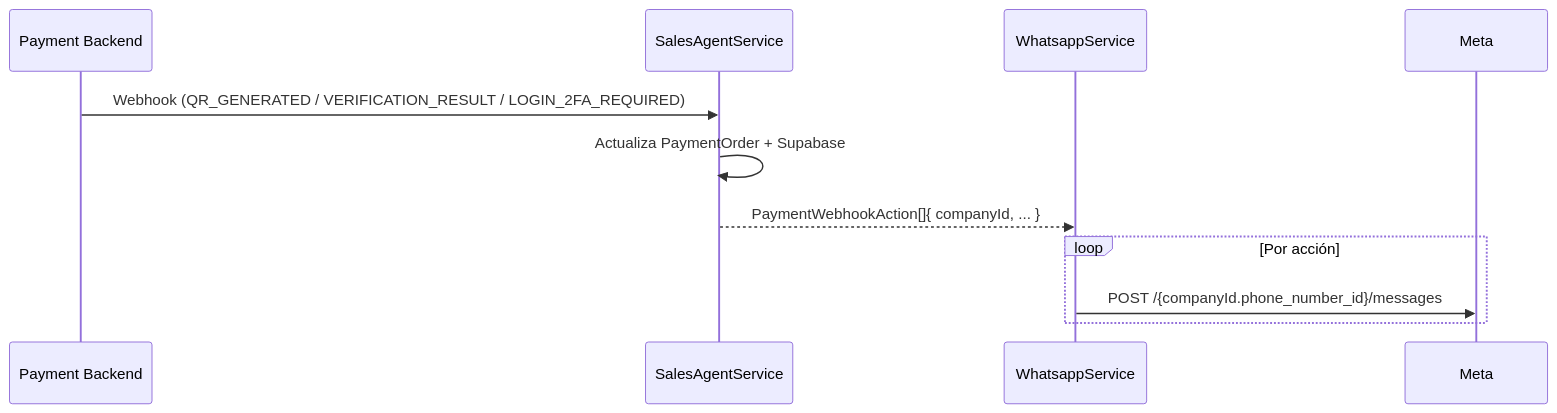
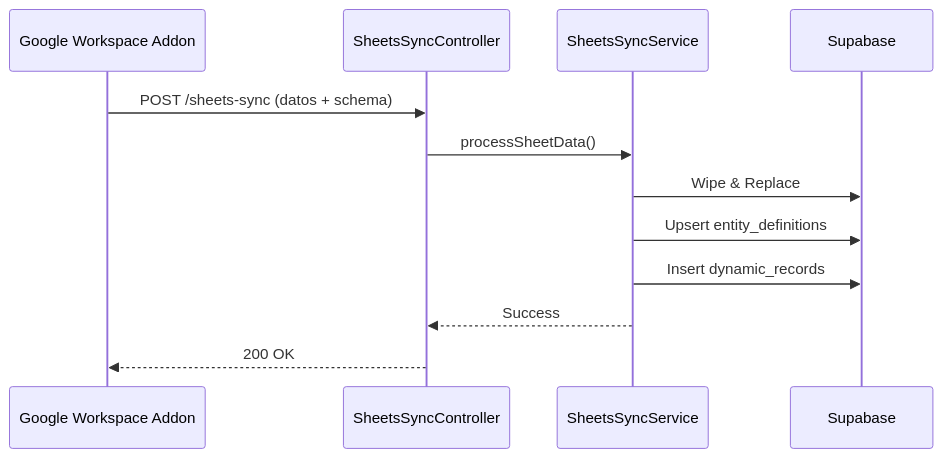
The fourth of 4 diagrams in .github/docs/PROGRAM_FLOWS.md (Optus-development-team/optus-agentBE), drawn with Mermaid before and after one commit. The commit also changed other lines of this file and 3 other files, not shown here.

First line of the commit message:
Enhance documentation for multi-tenant backend structure and program flows

````diff
--- a/.github/docs/PROGRAM_FLOWS.md
+++ b/.github/docs/PROGRAM_FLOWS.md
@@ -72,13 +144,15 @@
 ```mermaid
 sequenceDiagram
-  participant Pay as Payment Backend
-  participant Sales as SalesAgentService
-  participant WA as WhatsappService
+  participant Addon as Google Workspace Addon
+  participant API as SheetsSyncController
+  participant Service as SheetsSyncService
+  participant DB as Supabase
 
-  Pay->>Sales: Webhook (QR_GENERATED / VERIFICATION_RESULT / LOGIN_2FA_REQUIRED)
-  Sales->>Sales: Actualiza PaymentOrder + Supabase
-  Sales-->>WA: PaymentWebhookAction[]{ companyId, ... }
-  loop Por acción
-    WA->>Meta: POST /{companyId.phone_number_id}/messages
-  end
+  Addon->>API: POST /sheets-sync (datos + schema)
+  API->>Service: processSheetData()
+  Service->>DB: Wipe & Replace
+  Service->>DB: Upsert entity_definitions
+  Service->>DB: Insert dynamic_records
+  Service-->>API: Success
+  API-->>Addon: 200 OK
 ```
````
